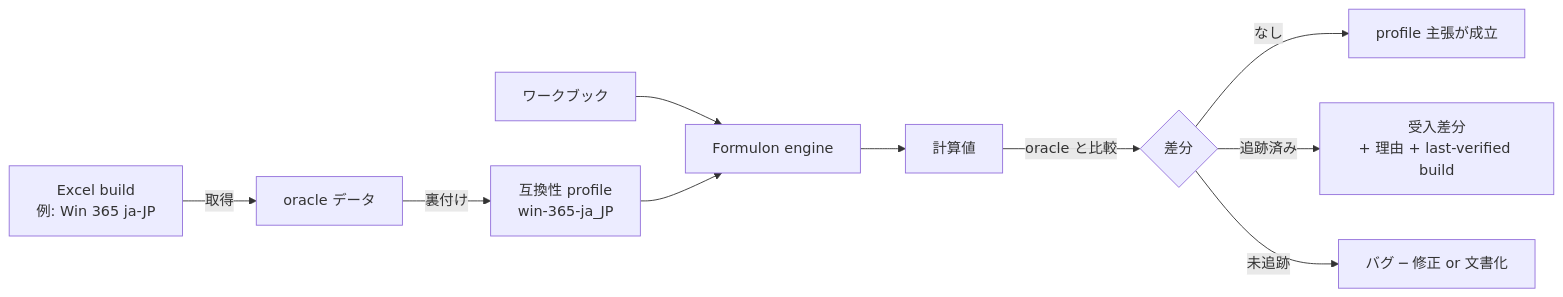
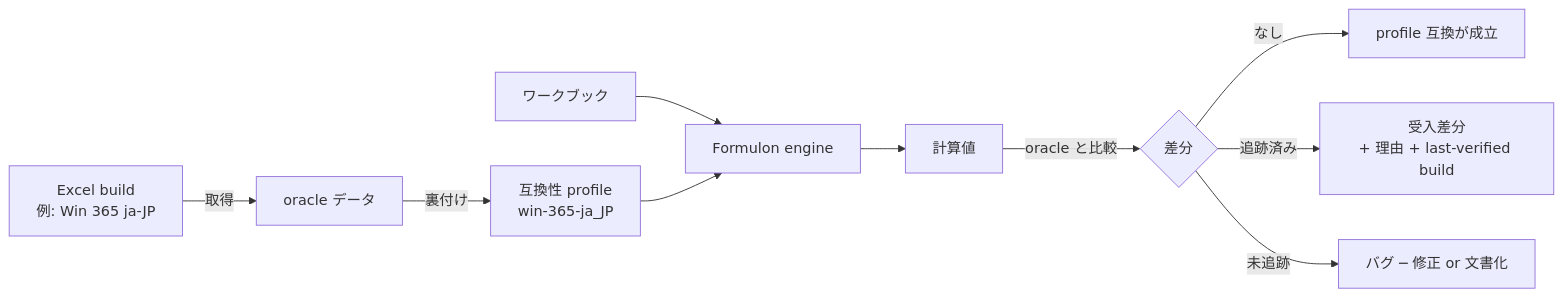
One commit to libraz/formulon-homepage changed the diagram in src/ja/compatibility/model.md. Above: the diagram before and after it, drawn with Mermaid. The commit also changed other lines of this file and 36 other files, not shown here.

````diff
--- a/src/ja/compatibility/model.md
+++ b/src/ja/compatibility/model.md
@@ -9,12 +9,12 @@
 ```mermaid
 flowchart LR
   EXCEL[Excel build<br/>例: Win 365 ja-JP] -->|取得| ORACLE[oracle データ]
   ORACLE -->|裏付け| PROFILE[互換性 profile<br/>win-365-ja_JP]
   WB[ワークブック] --> ENGINE[Formulon engine]
   PROFILE --> ENGINE
   ENGINE --> RESULT[計算値]
   RESULT -->|oracle と比較| DIVERGE{差分}
-  DIVERGE -->|なし| OK[profile 主張が成立]
+  DIVERGE -->|なし| OK[profile 互換が成立]
   DIVERGE -->|追跡済み| NOTE[受入差分<br/>+ 理由 + last-verified build]
   DIVERGE -->|未追跡| BUG[バグ ─ 修正 or 文書化]
 ```
````
